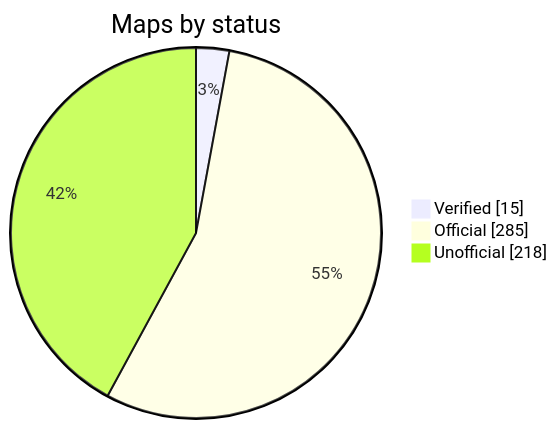
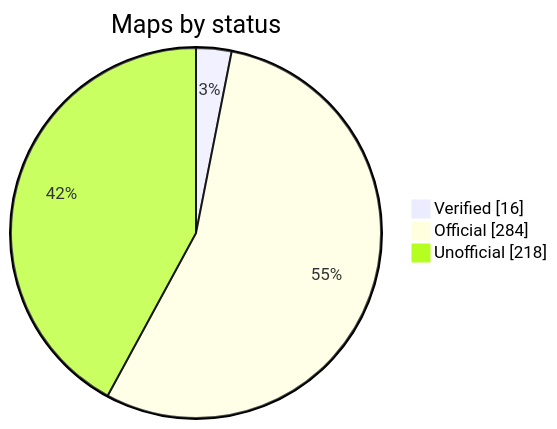
The diagram in README.md (nobrega8/mbmap-library), drawn with Mermaid before and after one commit. The commit also changed 13 other files, not shown here.

````diff
--- a/README.md
+++ b/README.md
@@ -52,7 +52,7 @@
 ```mermaid
 pie showData
     title Maps by status
-    "Verified" : 15
-    "Official" : 285
+    "Verified" : 16
+    "Official" : 284
     "Unofficial" : 218
 ```
````
